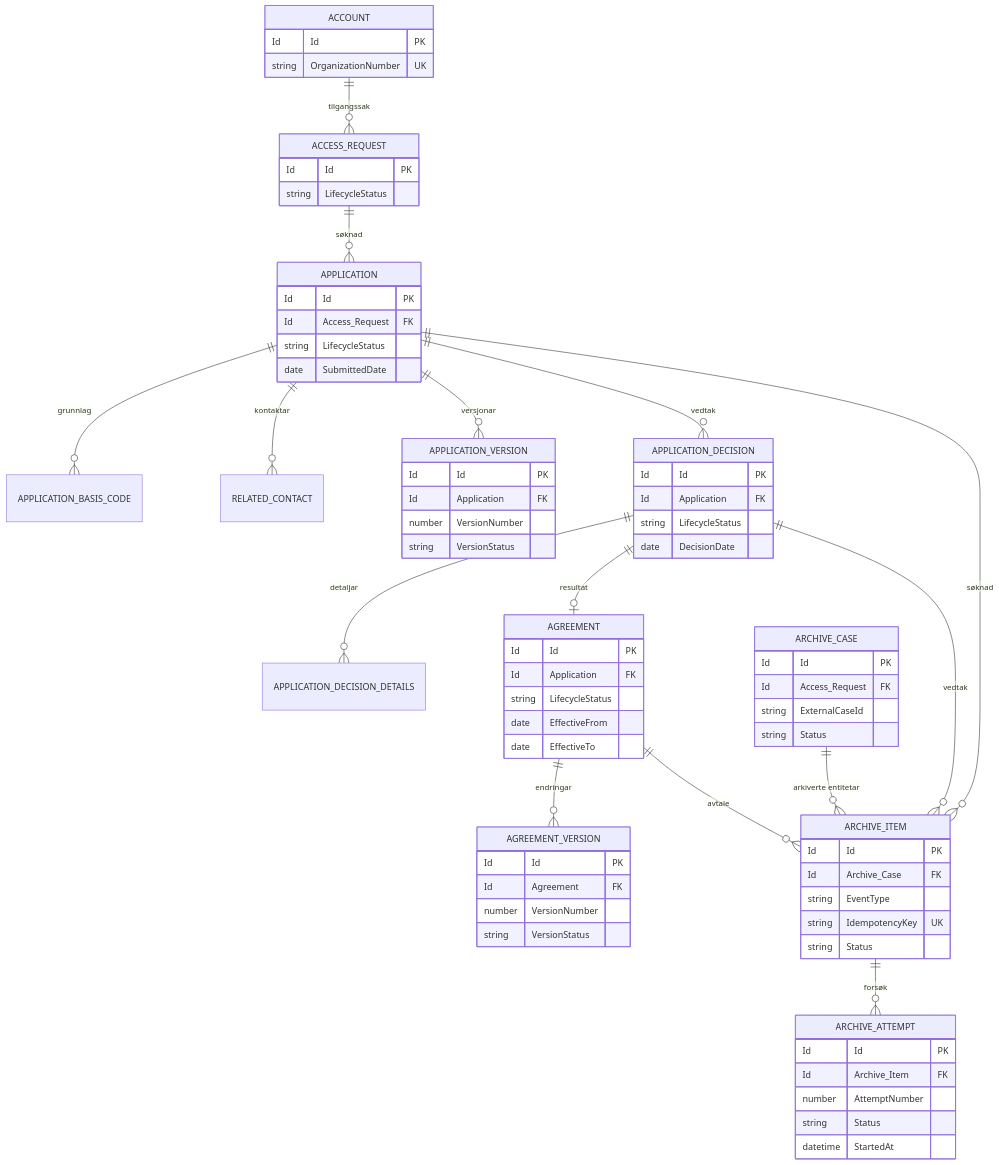
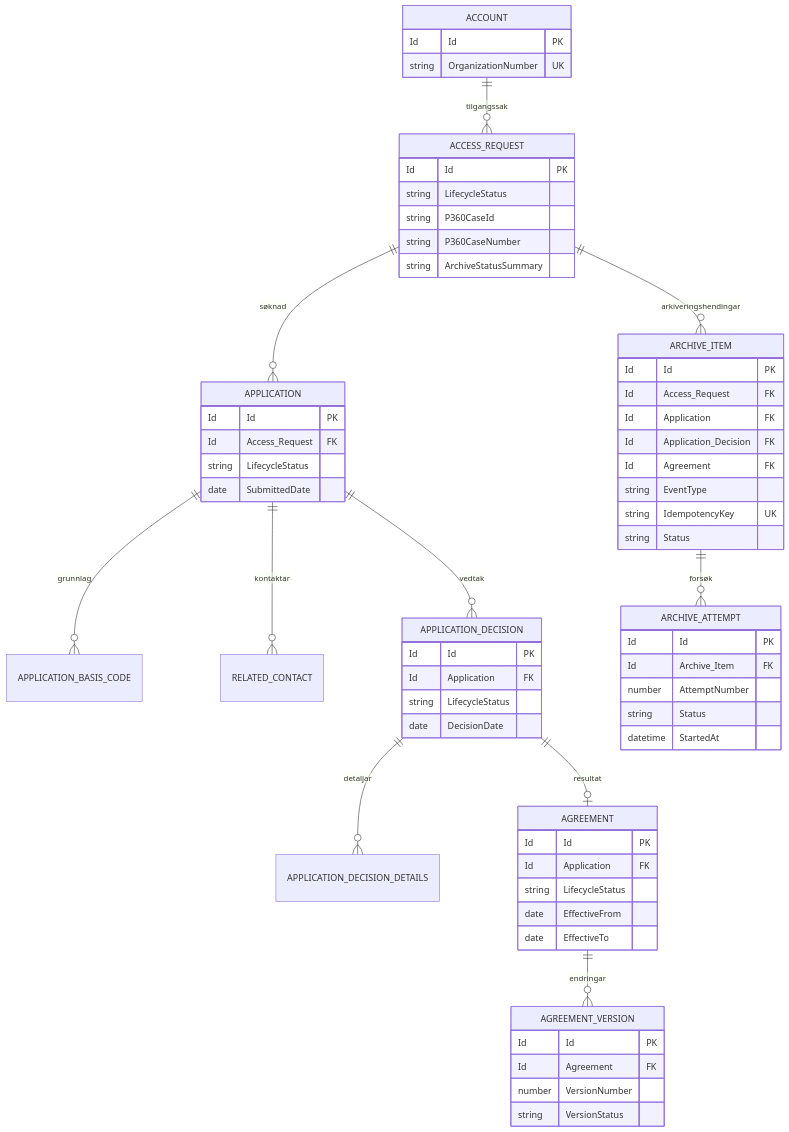
The second of 3 diagrams in docs/architecture/forbetringsforslag-og-malmodell.md (navikt/crm-arbeidsforhold), drawn with Mermaid before and after one commit. The commit also changed other lines of this file, not shown here.

Commit message:
docs(architecture): make access request the aggregate root

````diff
--- a/docs/architecture/forbetringsforslag-og-malmodell.md
+++ b/docs/architecture/forbetringsforslag-og-malmodell.md
@@ -57,77 +59,67 @@
 ```mermaid
 erDiagram
     ACCOUNT ||--o{ ACCESS_REQUEST : "tilgangssak"
     ACCESS_REQUEST ||--o{ APPLICATION : "søknad"
     APPLICATION ||--o{ APPLICATION_BASIS_CODE : "grunnlag"
     APPLICATION ||--o{ RELATED_CONTACT : "kontaktar"
-    APPLICATION ||--o{ APPLICATION_VERSION : "versjonar"
     APPLICATION ||--o{ APPLICATION_DECISION : "vedtak"
     APPLICATION_DECISION ||--o{ APPLICATION_DECISION_DETAILS : "detaljar"
     APPLICATION_DECISION ||--o| AGREEMENT : "resultat"
     AGREEMENT ||--o{ AGREEMENT_VERSION : "endringar"
-    ARCHIVE_CASE ||--o{ ARCHIVE_ITEM : "arkiverte entitetar"
+    ACCESS_REQUEST ||--o{ ARCHIVE_ITEM : "arkiveringshendingar"
     ARCHIVE_ITEM ||--o{ ARCHIVE_ATTEMPT : "forsøk"
-    APPLICATION ||--o{ ARCHIVE_ITEM : "søknad"
-    APPLICATION_DECISION ||--o{ ARCHIVE_ITEM : "vedtak"
-    AGREEMENT ||--o{ ARCHIVE_ITEM : "avtale"
 
     ACCOUNT {
         Id Id PK
         string OrganizationNumber UK
     }
     ACCESS_REQUEST {
         Id Id PK
         string LifecycleStatus
+        string P360CaseId
+        string P360CaseNumber
+        string ArchiveStatusSummary
     }
     APPLICATION {
         Id Id PK
         Id Access_Request FK
         string LifecycleStatus
         date SubmittedDate
-    }
-    APPLICATION_VERSION {
-        Id Id PK
-        Id Application FK
-        number VersionNumber
-        string VersionStatus
     }
     APPLICATION_DECISION {
         Id Id PK
         Id Application FK
         string LifecycleStatus
         date DecisionDate
     }
     AGREEMENT {
         Id Id PK
         Id Application FK
         string LifecycleStatus
         date EffectiveFrom
         date EffectiveTo
     }
     AGREEMENT_VERSION {
         Id Id PK
         Id Agreement FK
         number VersionNumber
         string VersionStatus
     }
-    ARCHIVE_CASE {
+    ARCHIVE_ITEM {
         Id Id PK
         Id Access_Request FK
-        string ExternalCaseId
-        string Status
-    }
-    ARCHIVE_ITEM {
-        Id Id PK
-        Id Archive_Case FK
+        Id Application FK
+        Id Application_Decision FK
+        Id Agreement FK
         string EventType
         string IdempotencyKey UK
         string Status
     }
     ARCHIVE_ATTEMPT {
         Id Id PK
         Id Archive_Item FK
         number AttemptNumber
         string Status
         datetime StartedAt
     }
 ```
````
